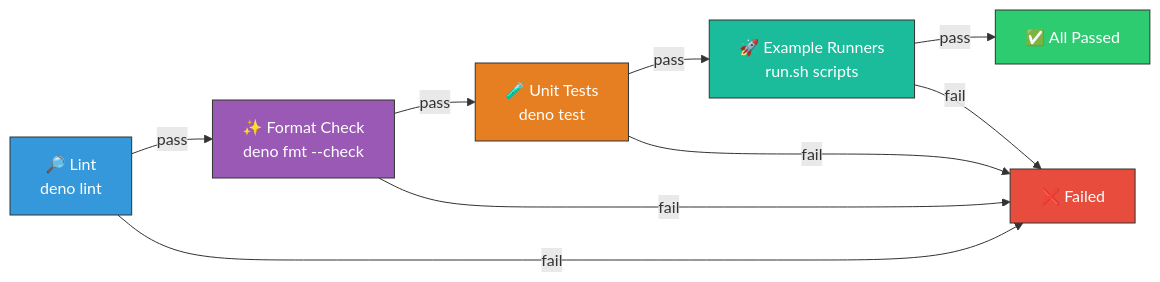
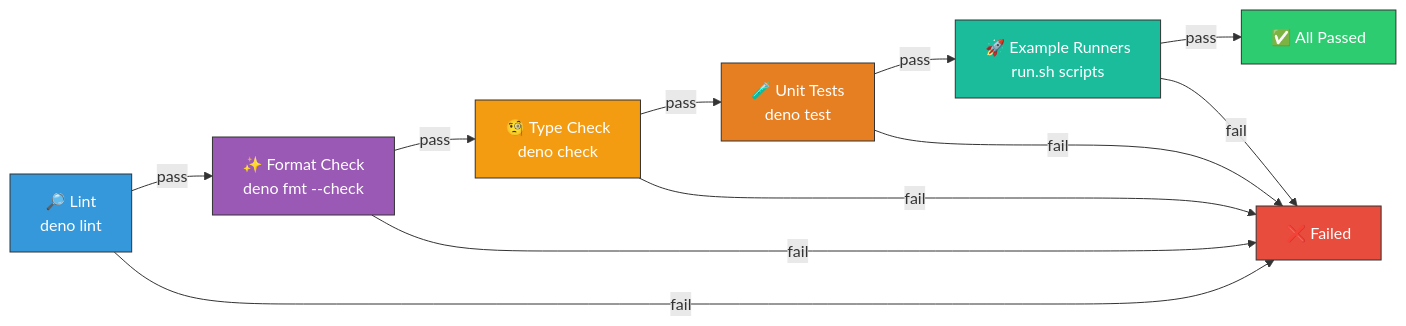
One commit to stSoftwareAU/NEAT-AI-Examples changed the third of 5 diagrams in README.md. Above: the diagram before and after it, drawn with Mermaid. The commit also changed other lines of this file and 13 other files, not shown here.

First line of the commit message:
ci: add deno check type-checking to quality gate

````diff
--- a/README.md
+++ b/README.md
@@ -87,25 +87,29 @@
 ```mermaid
 flowchart LR
     LINT["🔎 Lint<br/>deno lint"]
     FMT["✨ Format Check<br/>deno fmt --check"]
+    CHECK["🧐 Type Check<br/>deno check"]
     TEST["🧪 Unit Tests<br/>deno test"]
     EX["🚀 Example Runners<br/>run.sh scripts"]
     PASS["✅ All Passed"]
     FAIL["❌ Failed"]
 
     LINT -->|pass| FMT
-    FMT -->|pass| TEST
+    FMT -->|pass| CHECK
+    CHECK -->|pass| TEST
     TEST -->|pass| EX
     EX -->|pass| PASS
     LINT -->|fail| FAIL
     FMT -->|fail| FAIL
+    CHECK -->|fail| FAIL
     TEST -->|fail| FAIL
     EX -->|fail| FAIL
 
     style LINT fill:#3498db,stroke:#333,color:#fff
     style FMT fill:#9b59b6,stroke:#333,color:#fff
+    style CHECK fill:#f39c12,stroke:#333,color:#fff
     style TEST fill:#e67e22,stroke:#333,color:#fff
     style EX fill:#1abc9c,stroke:#333,color:#fff
     style PASS fill:#2ecc71,stroke:#333,color:#fff
     style FAIL fill:#e74c3c,stroke:#333,color:#fff
 ```
````
